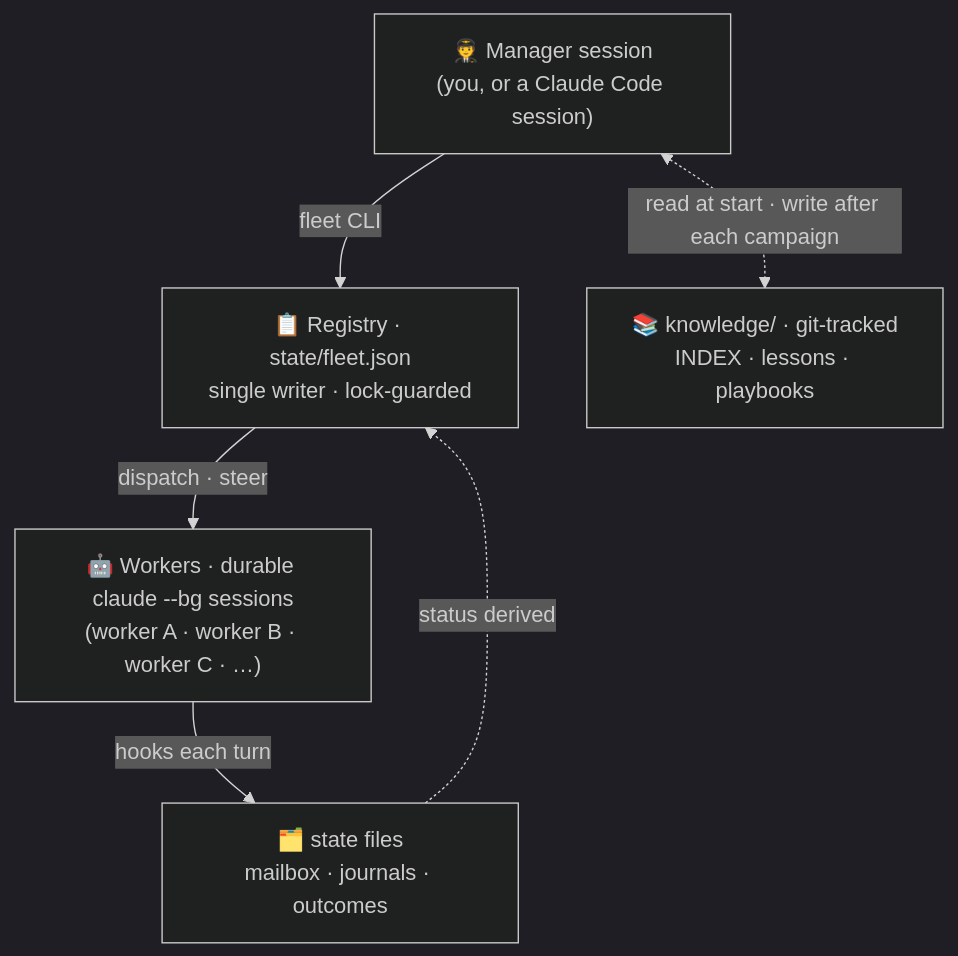
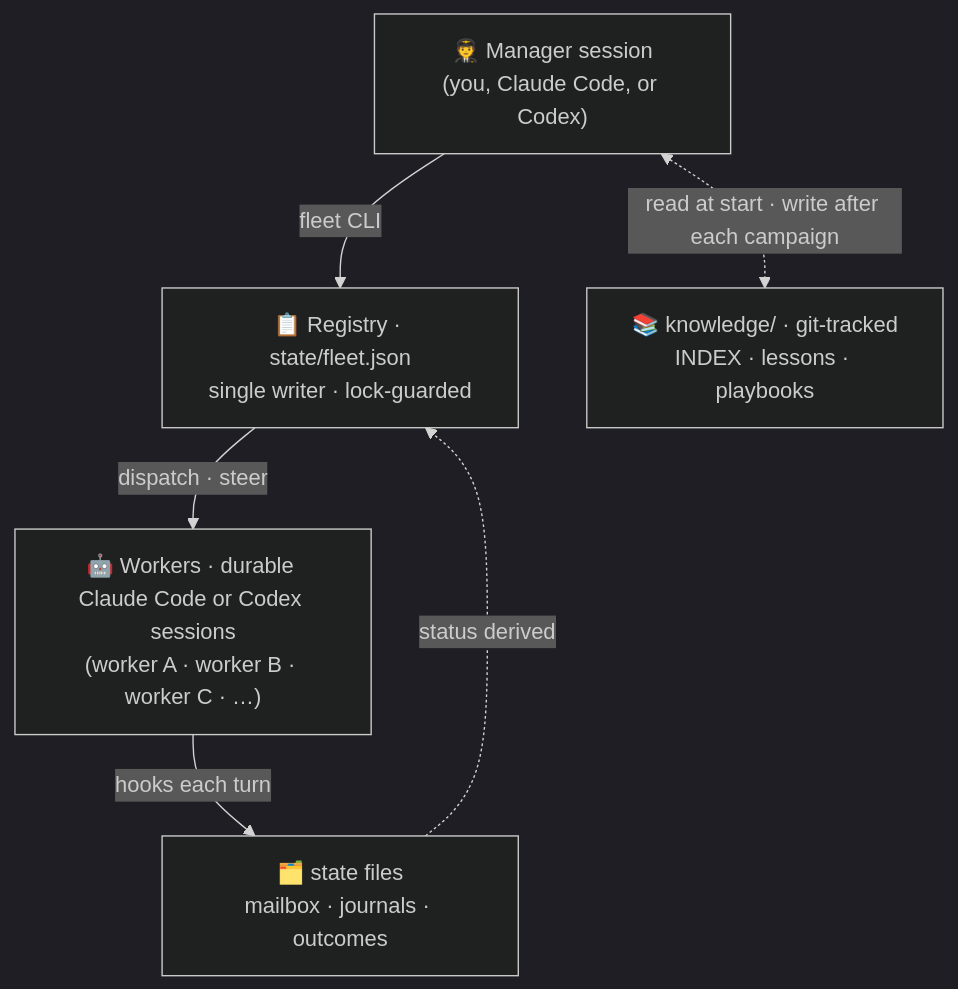
The first of 5 diagrams in docs/concepts.md (exPardus/fleet), drawn with Mermaid (dark theme) before and after one commit. The commit also changed other lines of this file and 8 other files, not shown here.

````diff
--- a/docs/concepts.md
+++ b/docs/concepts.md
@@ -46,13 +46,13 @@
 ```mermaid
 flowchart TB
-    M["🧑‍✈️ Manager session<br/>(you, or a Claude Code session)"]
+    M["🧑‍✈️ Manager session<br/>(you, Claude Code, or Codex)"]
     R["📋 Registry · state/fleet.json<br/>single writer · lock-guarded"]
-    W["🤖 Workers · durable claude --bg sessions<br/>(worker A · worker B · worker C · …)"]
+    W["🤖 Workers · durable Claude Code or Codex sessions<br/>(worker A · worker B · worker C · …)"]
     F["🗂️ state files<br/>mailbox · journals · outcomes"]
     K["📚 knowledge/ · git-tracked<br/>INDEX · lessons · playbooks"]
     M -->|"fleet CLI"| R
     R -->|"dispatch · steer"| W
     W -->|"hooks each turn"| F
     F -.->|"status derived"| R
     M <-.->|"read at start · write after each campaign"| K
 ```
````
